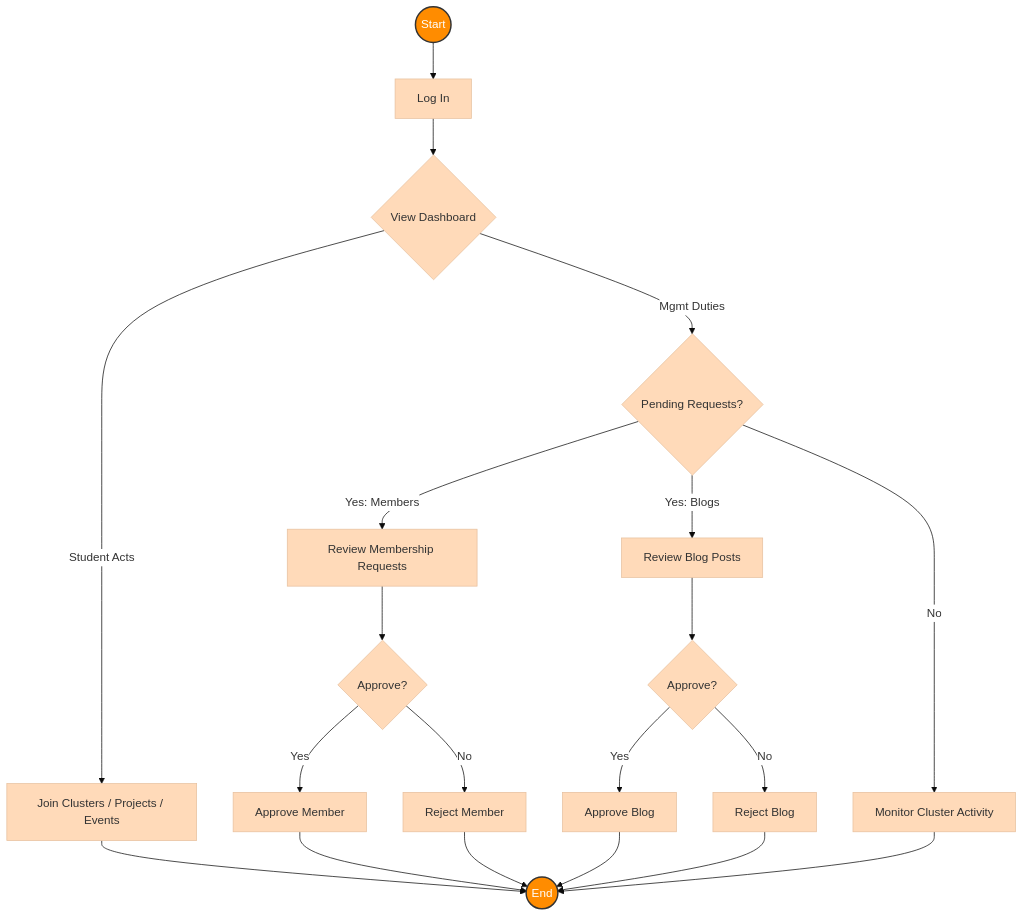
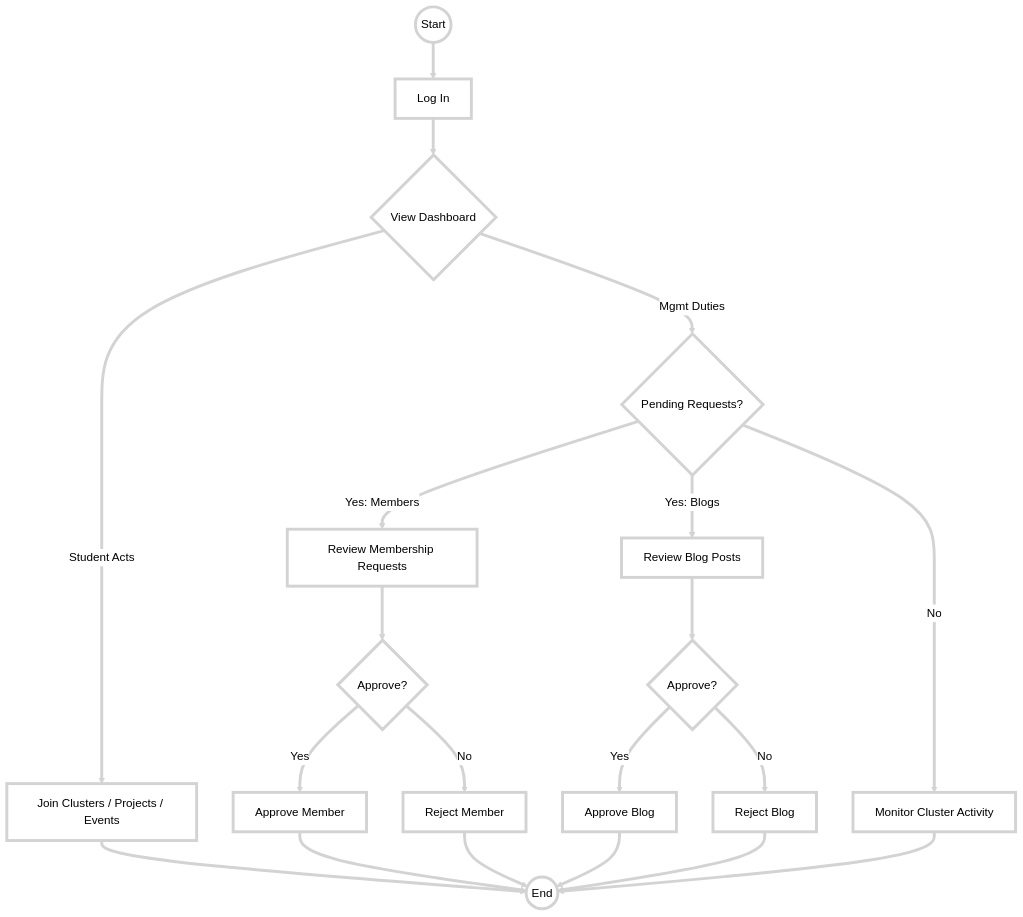
Before and after one commit to devstudentspace/fyb.swebuk: the second of 2 diagrams in app/dashboard/deputy/README.md, drawn with Mermaid. The commit also changed 4 other files, not shown here.

Commit message:
Node Fills: Set to pure white (#ffffff).    - Lines (Arrows & Borders): Set to a light grey color (#d3d3d3).    - Thickness: Increased the stroke-width to 4px for all nodes and connecting lines to make them stand      out.

````diff
--- a/app/dashboard/deputy/README.md
+++ b/app/dashboard/deputy/README.md
@@ -76,31 +76,34 @@
 ```mermaid
-%%{init: {'theme': 'base', 'themeVariables': { 'primaryColor': '#FFDAB9', 'edgeLabelBackground':'#ffffff', 'tertiaryColor': '#f4f4f4'}}}%%
+%%{init: {'theme': 'base', 'themeVariables': { 'mainBkg': '#ffffff', 'primaryColor': '#ffffff', 'primaryTextColor': '#000000', 'primaryBorderColor': '#d3d3d3', 'lineColor': '#d3d3d3'}}}%%
 flowchart TD
+    classDef default fill:#ffffff,stroke:#d3d3d3,stroke-width:4px,color:#000;
+    linkStyle default stroke:#d3d3d3,stroke-width:4px;
+
     Start((Start)) --> Login[Log In]
     Login --> Dash{View Dashboard}
     
     Dash -->|Mgmt Duties| CheckReq{Pending Requests?}
     Dash -->|Student Acts| StudentActs[Join Clusters / Projects / Events]
     
     CheckReq -->|Yes: Members| ReviewMem[Review Membership Requests]
     CheckReq -->|Yes: Blogs| ReviewBlog[Review Blog Posts]
     CheckReq -->|No| Idle[Monitor Cluster Activity]
     
     ReviewMem --> DecisionMem{Approve?}
     DecisionMem -->|Yes| AppMem[Approve Member]
     DecisionMem -->|No| RejMem[Reject Member]
     
     ReviewBlog --> DecisionBlog{Approve?}
     DecisionBlog -->|Yes| AppBlog[Approve Blog]
     DecisionBlog -->|No| RejBlog[Reject Blog]
     
     StudentActs --> End((End))
     AppMem --> End
     RejMem --> End
     AppBlog --> End
     RejBlog --> End
     Idle --> End
     
-    style Start fill:#FF8C00,stroke:#333,stroke-width:2px,color:white
-    style End fill:#FF8C00,stroke:#333,stroke-width:2px,color:white
+    style Start fill:#ffffff,stroke:#d3d3d3,stroke-width:4px
+    style End fill:#ffffff,stroke:#d3d3d3,stroke-width:4px
 ```
````
